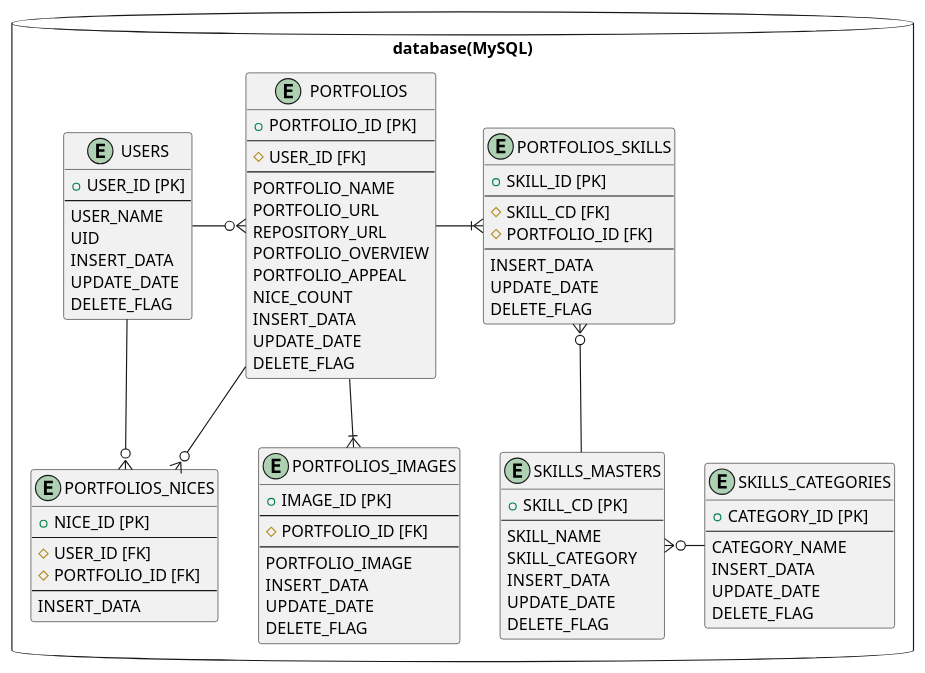
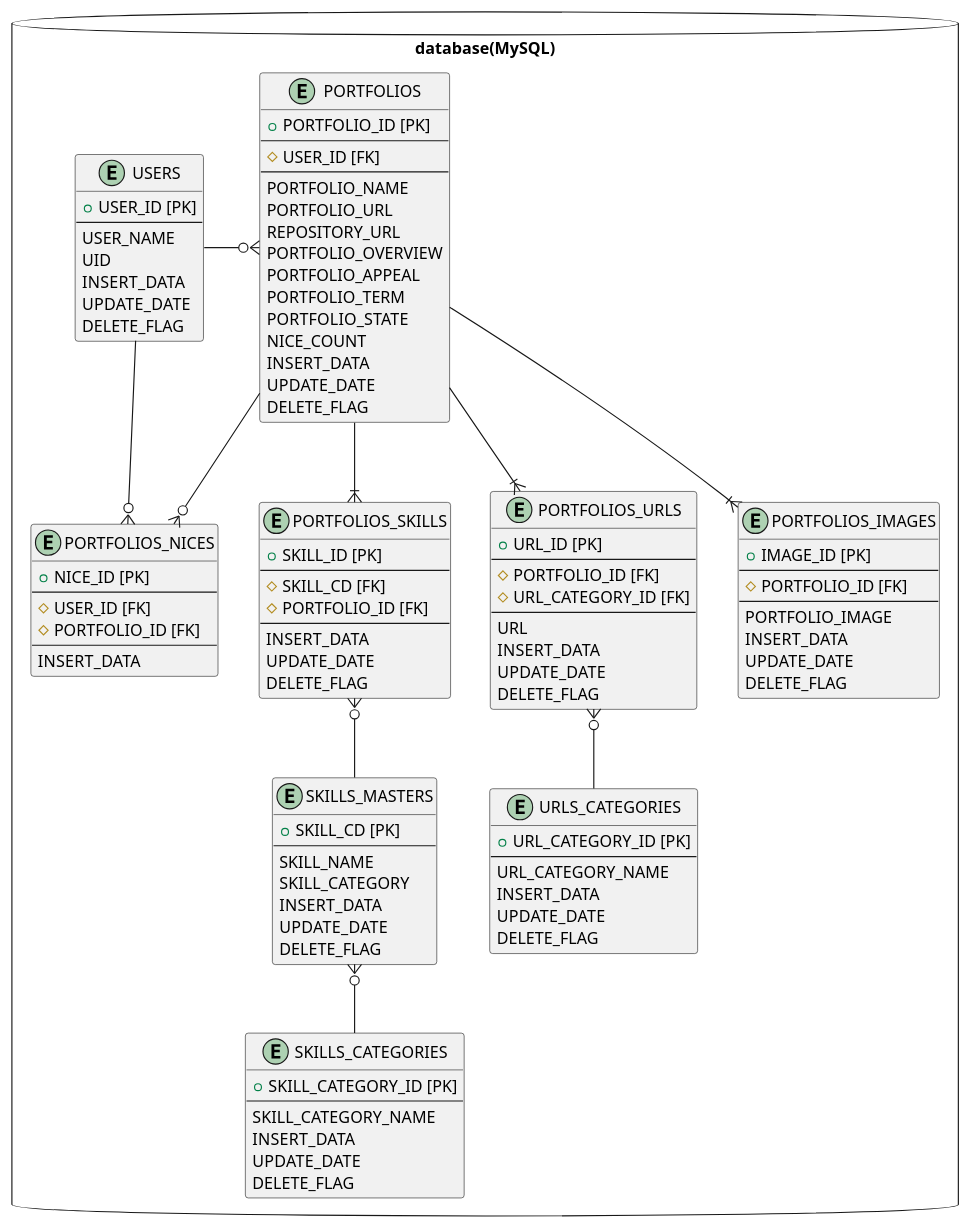
Before and after one commit to haruto830/pflist-backend: the diagram in doc/diagrams/EntityRelationship.pu, drawn with PlantUML. The commit also changed 1 other file, not shown here.

Commit message:
update EntityRelationship

```diff
--- a/doc/diagrams/EntityRelationship.pu
+++ b/doc/diagrams/EntityRelationship.pu
@@ -1,90 +1,114 @@
 @startuml EntityRelationship
 
 package "database(MySQL)" as target_system <<Database>> {
 
     entity "USERS" as users {
         + USER_ID [PK]
         --
         USER_NAME
         UID
         INSERT_DATA
         UPDATE_DATE
         DELETE_FLAG
        }
 
     entity "PORTFOLIOS" as portfolios {
         + PORTFOLIO_ID [PK]
         --
         # USER_ID [FK]
         --
         PORTFOLIO_NAME
         PORTFOLIO_URL
         REPOSITORY_URL
         PORTFOLIO_OVERVIEW
         PORTFOLIO_APPEAL
+        PORTFOLIO_TERM
+        PORTFOLIO_STATE
         NICE_COUNT
         INSERT_DATA
         UPDATE_DATE
         DELETE_FLAG
     }
 
     entity "PORTFOLIOS_IMAGES" as portfolios_images {
         + IMAGE_ID [PK]
         --
         # PORTFOLIO_ID [FK]
         --
         PORTFOLIO_IMAGE
         INSERT_DATA
         UPDATE_DATE
         DELETE_FLAG
     }
 
     entity "PORTFOLIOS_SKILLS" as portfolios_skills {
         + SKILL_ID [PK]
         --
         # SKILL_CD [FK]
         # PORTFOLIO_ID [FK]
         --
         INSERT_DATA
         UPDATE_DATE
         DELETE_FLAG
     }
 
     entity "SKILLS_MASTERS" as skills_masters {
         + SKILL_CD [PK]
         --
         SKILL_NAME
         SKILL_CATEGORY
         INSERT_DATA
         UPDATE_DATE
         DELETE_FLAG
     }
 
     entity "SKILLS_CATEGORIES" as skills_categories {
-        + CATEGORY_ID [PK]
+        + SKILL_CATEGORY_ID [PK]
         --
-        CATEGORY_NAME
+        SKILL_CATEGORY_NAME
         INSERT_DATA
         UPDATE_DATE
         DELETE_FLAG
     }
 
    entity "PORTFOLIOS_NICES" as portfolios_nices {
         + NICE_ID [PK]
         --
         # USER_ID [FK]
         # PORTFOLIO_ID [FK]
         --
         INSERT_DATA 
     }
+
+        entity "PORTFOLIOS_URLS" as portfolios_urls {
+        + URL_ID [PK]
+        --
+        # PORTFOLIO_ID [FK]
+        # URL_CATEGORY_ID [FK]
+        --
+        URL
+        INSERT_DATA
+        UPDATE_DATE
+        DELETE_FLAG
+    }
+
+    entity "URLS_CATEGORIES" as urls_categories {
+        + URL_CATEGORY_ID [PK]
+        --
+        URL_CATEGORY_NAME
+        INSERT_DATA
+        UPDATE_DATE
+        DELETE_FLAG
 }
 
 users --right--o{ portfolios
 users -down-o{ portfolios_nices
 portfolios --o{ portfolios_nices
 portfolios -down-|{ portfolios_images
-portfolios -right-|{ portfolios_skills
+portfolios -down-|{ portfolios_skills
 portfolios_skills }o-down- skills_masters
-skills_masters }o-right- skills_categories
+skills_masters }o-down- skills_categories
+portfolios --|{ portfolios_urls
+portfolios_urls }o-down- urls_categories
 
 @enduml
```
